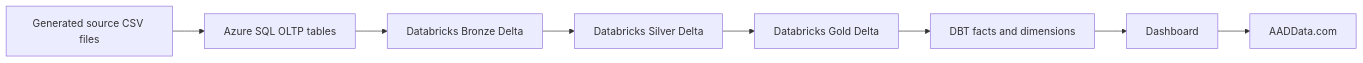
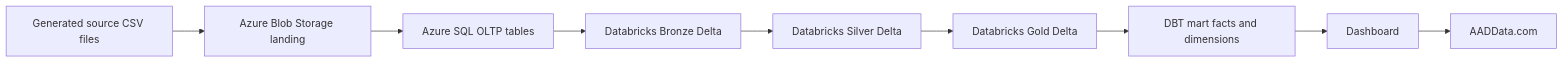
The diagram in docs/pipeline_and_azure_setup.md (AADData/MutualFund_DataEngg_Platform), drawn with Mermaid before and after one commit. The commit also changed other lines of this file and 11 other files, not shown here.

````diff
--- a/docs/pipeline_and_azure_setup.md
+++ b/docs/pipeline_and_azure_setup.md
@@ -9,10 +9,11 @@
 ```mermaid
 flowchart LR
-    A["Generated source CSV files"] --> B["Azure SQL OLTP tables"]
-    B --> C["Databricks Bronze Delta"]
-    C --> D["Databricks Silver Delta"]
-    D --> E["Databricks Gold Delta"]
-    E --> F["DBT facts and dimensions"]
-    F --> G["Dashboard"]
-    G --> H["AADData.com"]
+    A["Generated source CSV files"] --> B["Azure Blob Storage landing"]
+    B --> C["Azure SQL OLTP tables"]
+    C --> D["Databricks Bronze Delta"]
+    D --> E["Databricks Silver Delta"]
+    E --> F["Databricks Gold Delta"]
+    F --> G["DBT mart facts and dimensions"]
+    G --> H["Dashboard"]
+    H --> I["AADData.com"]
 ```
````
